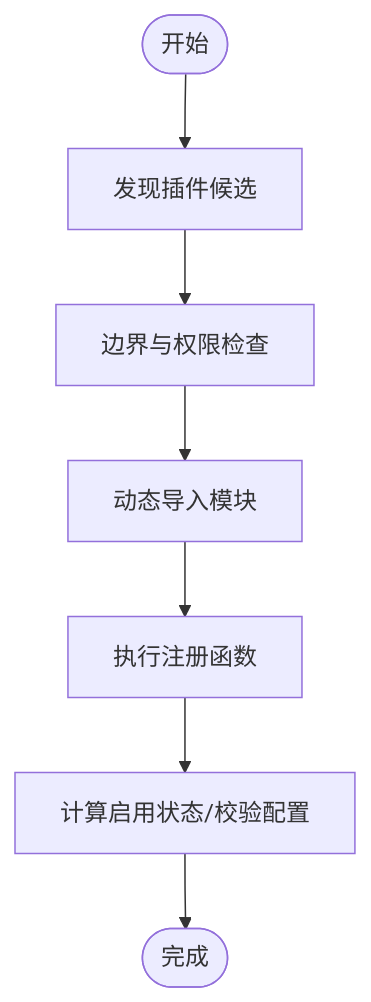
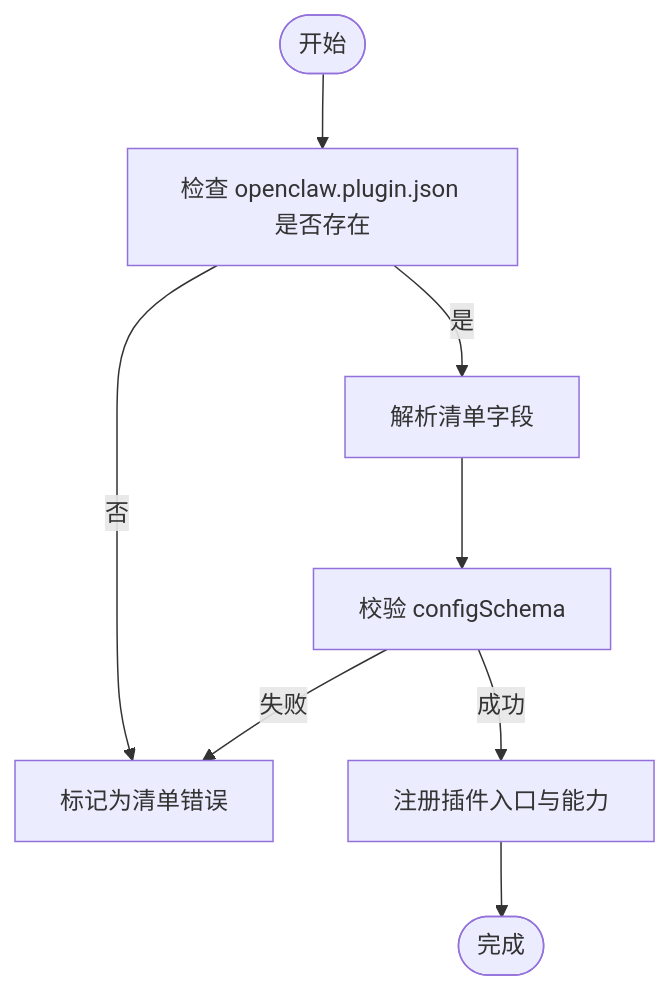
One commit to botx-work/OpenClaw-Internals changed the third of 7 diagrams in repowiki/zh/content/插件系统/插件系统.md. Above: the diagram before and after it, drawn with Mermaid. The commit also changed other lines of this file and 542 other files, not shown here.

````diff
--- a/repowiki/zh/content/插件系统/插件系统.md
+++ b/repowiki/zh/content/插件系统/插件系统.md
@@ -203,9 +121,10 @@
 ```mermaid
 flowchart TD
-Start(["开始"]) --> Discover["发现插件候选"]
-Discover --> Safety["边界与权限检查"]
-Safety --> Import["动态导入模块"]
-Import --> Register["执行注册函数"]
-Register --> Enable["计算启用状态/校验配置"]
-Enable --> Done(["完成"])
+Start(["开始"]) --> CheckManifest["检查 openclaw.plugin.json 是否存在"]
+CheckManifest --> |否| Fail["标记为清单错误"]
+CheckManifest --> |是| Parse["解析清单字段"]
+Parse --> ValidateSchema["校验 configSchema"]
+ValidateSchema --> |失败| Fail
+ValidateSchema --> |成功| Register["注册插件入口与能力"]
+Register --> Done(["完成"])
 ```
````
